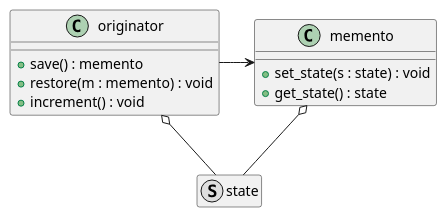
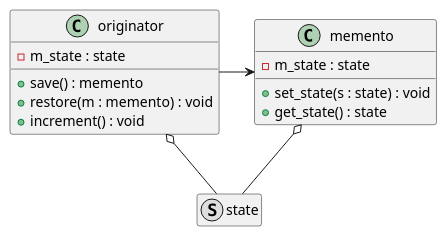
One commit to Alphastrick/software-engineering-pattern changed the diagram in pattern/behavioral/memento/diagrams.puml. Above: the diagram before and after it, drawn with PlantUML. The commit also changed 7 other files, not shown here.

Commit message:
Added flyweight and altered memento diagram

```diff
--- a/pattern/behavioral/memento/diagrams.puml
+++ b/pattern/behavioral/memento/diagrams.puml
@@ -4,21 +4,23 @@
 @startuml class-diagram
 
     class memento {
+        - m_state : state
         + set_state(s : state) : void
         + get_state() : state
     }
     
     class originator {
+        - m_state : state
         + save() : memento
         + restore(m : memento) : void
         + increment() : void
     }
 
     class state <<(S,#dedede)>>
     hide state members
 
     originator -> memento
     memento o-- state
     originator o-- state
 
 @enduml
```
